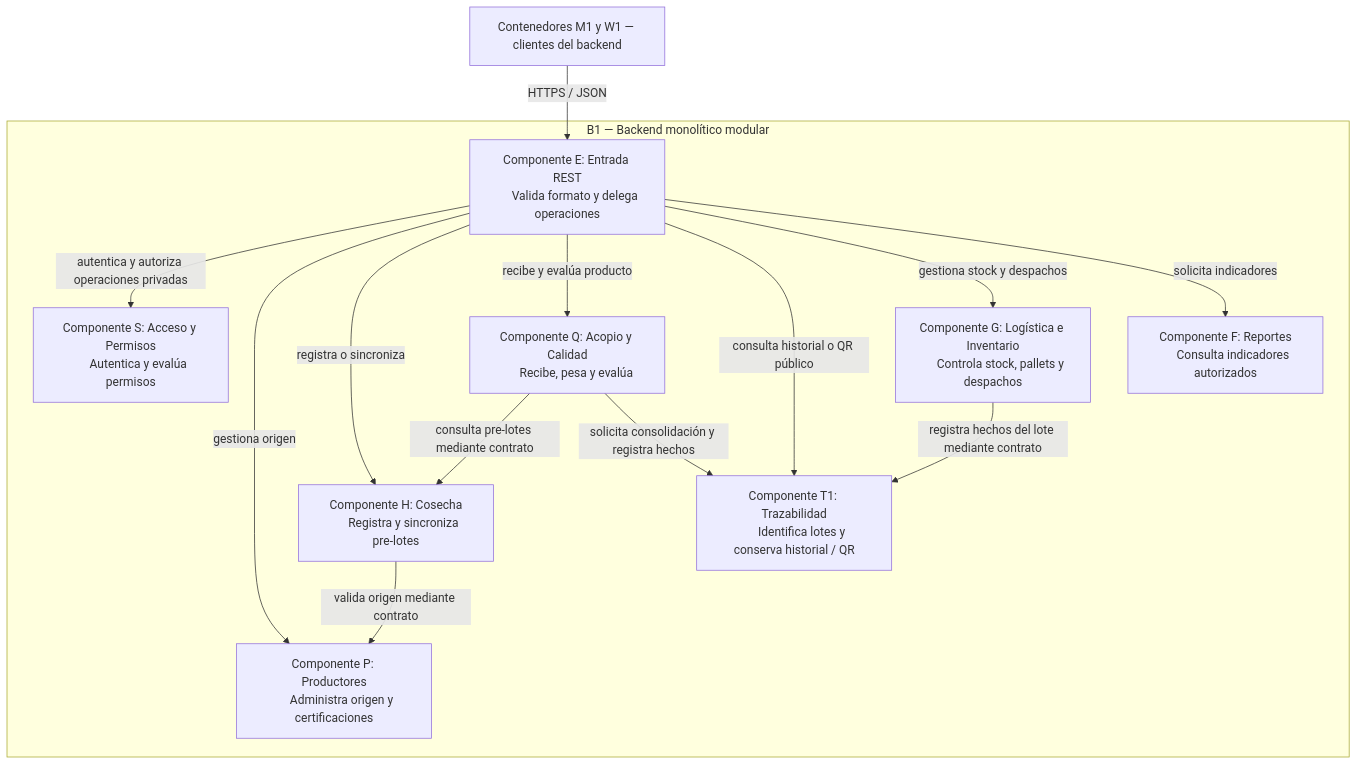
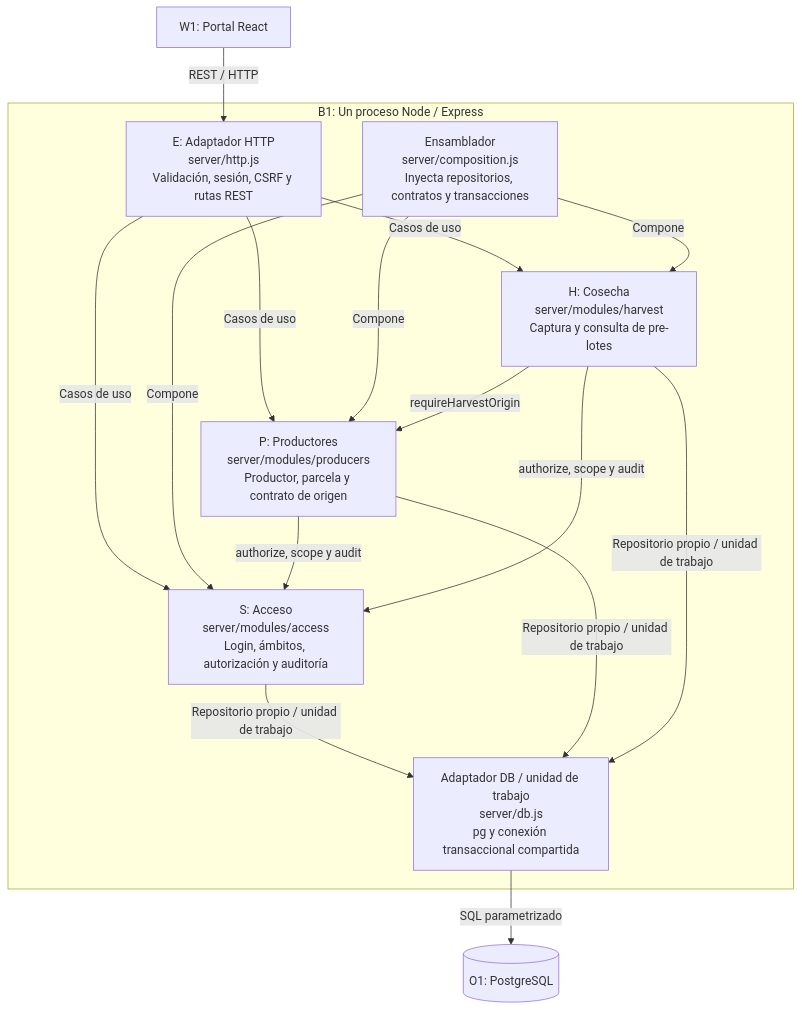
One commit to carlosgaraundo27-svg/Trazabilidad-Agricola-Arquitectura changed the third of 4 diagrams in docs/04-modelo-c4/modelo-c4.md. Above: the diagram before and after it, drawn with Mermaid. The commit also changed other lines of this file and 111 other files, not shown here.

First line of the commit message:
feat: entregar primer recorrido reproducible con Express y PostgreSQL

````diff
--- a/docs/04-modelo-c4/modelo-c4.md
+++ b/docs/04-modelo-c4/modelo-c4.md
@@ -140,34 +48,27 @@
-~~~mermaid
+```mermaid
 flowchart TB
-    C["Contenedores M1 y W1 — clientes del backend"]
-    subgraph B1["B1 — Backend monolítico modular"]
-      E["Componente E: Entrada REST
-      Valida formato y delega operaciones"]
-      S["Componente S: Acceso y Permisos
-      Autentica y evalúa permisos"]
-      P["Componente P: Productores
-      Administra origen y certificaciones"]
-      H["Componente H: Cosecha
-      Registra y sincroniza pre-lotes"]
-      Q["Componente Q: Acopio y Calidad
-      Recibe, pesa y evalúa"]
-      T1["Componente T1: Trazabilidad
-      Identifica lotes y conserva historial / QR"]
-      G["Componente G: Logística e Inventario
-      Controla stock, pallets y despachos"]
-      F["Componente F: Reportes
-      Consulta indicadores autorizados"]
-      E -->|"autentica y autoriza operaciones privadas"| S
-      E -->|"gestiona origen"| P
-      E -->|"registra o sincroniza"| H
-      E -->|"recibe y evalúa producto"| Q
-      E -->|"consulta historial o QR público"| T1
-      E -->|"gestiona stock y despachos"| G
-      E -->|"solicita indicadores"| F
-      H -->|"valida origen mediante contrato"| P
-      Q -->|"consulta pre-lotes mediante contrato"| H
-      Q -->|"solicita consolidación y registra hechos"| T1
-      G -->|"registra hechos del lote mediante contrato"| T1
-    end
-    C -->|"HTTPS / JSON"| E
-~~~
+  W1["W1: Portal React"]
+  subgraph B1["B1: Un proceso Node / Express"]
+    E["E: Adaptador HTTP<br/>server/http.js<br/>Validación, sesión, CSRF y rutas REST"]
+    ROOT["Ensamblador<br/>server/composition.js<br/>Inyecta repositorios, contratos y transacciones"]
+    S["S: Acceso<br/>server/modules/access<br/>Login, ámbitos, autorización y auditoría"]
+    P["P: Productores<br/>server/modules/producers<br/>Productor, parcela y contrato de origen"]
+    H["H: Cosecha<br/>server/modules/harvest<br/>Captura y consulta de pre-lotes"]
+    DB["Adaptador DB / unidad de trabajo<br/>server/db.js<br/>pg y conexión transaccional compartida"]
+  end
+  O1[("O1: PostgreSQL")]
+  W1 -->|"REST / HTTP"| E
+  E -->|"Casos de uso"| S
+  E -->|"Casos de uso"| P
+  E -->|"Casos de uso"| H
+  ROOT -->|"Compone"| S
+  ROOT -->|"Compone"| P
+  ROOT -->|"Compone"| H
+  P -->|"authorize, scope y audit"| S
+  H -->|"authorize, scope y audit"| S
+  H -->|"requireHarvestOrigin"| P
+  S -->|"Repositorio propio / unidad de trabajo"| DB
+  P -->|"Repositorio propio / unidad de trabajo"| DB
+  H -->|"Repositorio propio / unidad de trabajo"| DB
+  DB -->|"SQL parametrizado"| O1
+```
````
